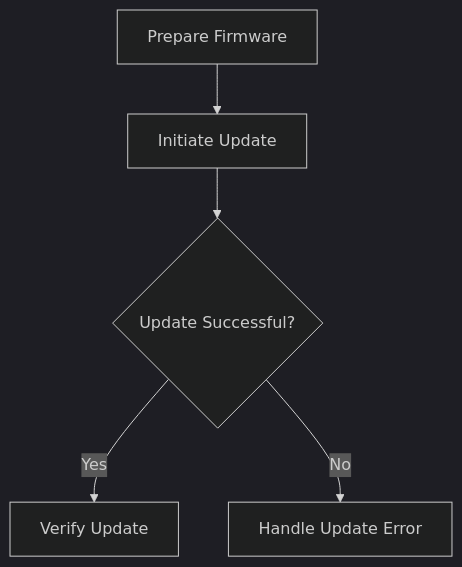
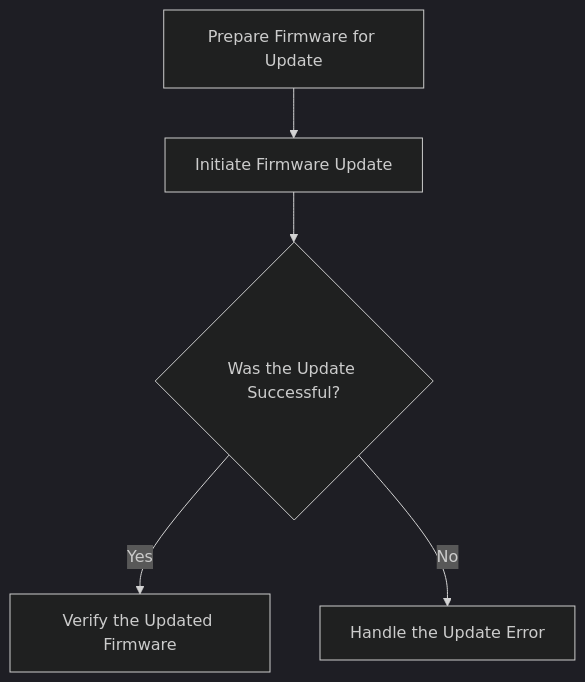
The fifth of 6 diagrams in docs/pages/FirmwareManagementhalSpec.md (rdkcentral/rdkb-halif-fwupgrade), drawn with Mermaid (dark theme) before and after one commit. The commit also changed other lines of this file, not shown here.

````diff
--- a/docs/pages/FirmwareManagementhalSpec.md
+++ b/docs/pages/FirmwareManagementhalSpec.md
@@ -281,7 +281,7 @@
 ```mermaid
 graph TD
-    A[Prepare Firmware] -->B[Initiate Update]
-    B --> C{Update Successful?}
-    C -->|Yes| D[Verify Update]
-    C -->|No| E[Handle Update Error]
+    A[Prepare Firmware for Update] --> B[Initiate Firmware Update]
+    B --> C{Was the Update Successful?}
+    C -->|Yes| D[Verify the Updated Firmware]
+    C -->|No| E[Handle the Update Error]
 ```
````
